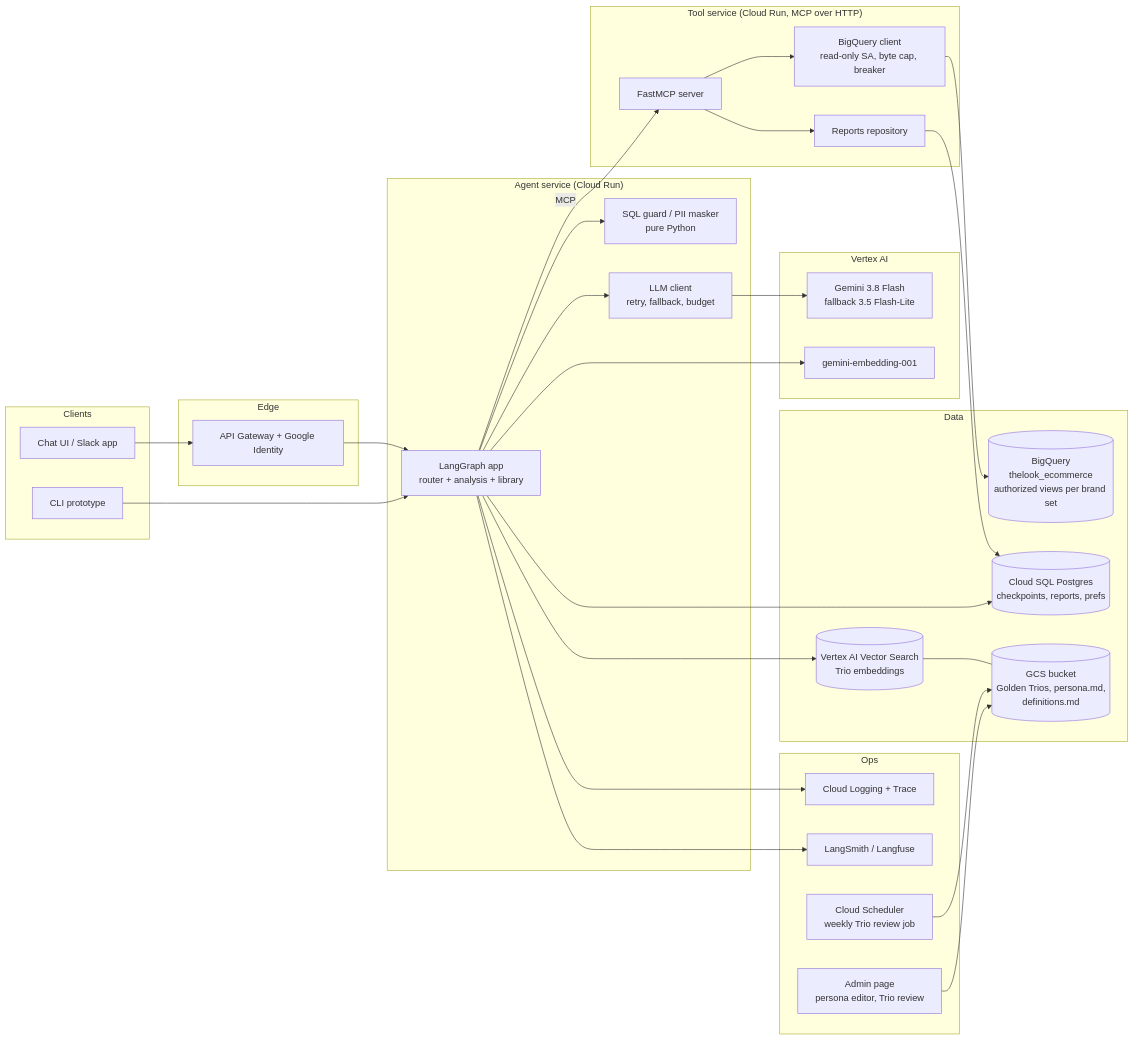
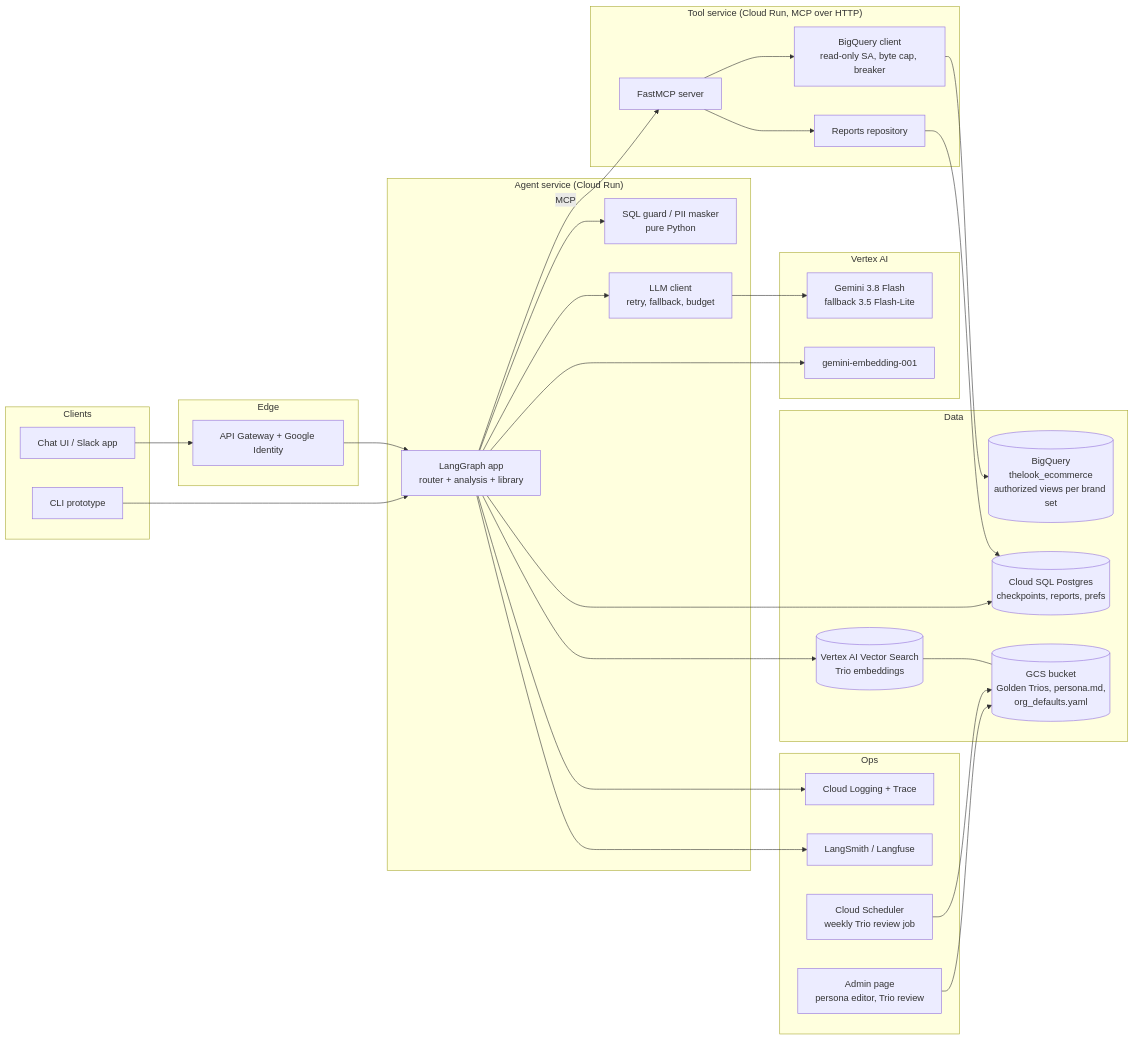
The first of 3 diagrams in docs/hld.md (LukaPavlovicGit/retail-insights-agent), drawn with Mermaid before and after one commit. The commit also changed other lines of this file and 3 other files, not shown here.

````diff
--- a/docs/hld.md
+++ b/docs/hld.md
@@ -29,51 +29,51 @@
 ```mermaid
 flowchart LR
   subgraph Clients
     UI["Chat UI / Slack app"]
     CLI["CLI prototype"]
   end
   subgraph Edge
     GW["API Gateway + Google Identity"]
   end
   subgraph Agent["Agent service (Cloud Run)"]
     LG["LangGraph app<br/>router + analysis + library"]
     GUARD["SQL guard / PII masker<br/>pure Python"]
     LLM["LLM client<br/>retry, fallback, budget"]
   end
   subgraph Tools["Tool service (Cloud Run, MCP over HTTP)"]
     MCP["FastMCP server"]
     BQC["BigQuery client<br/>read-only SA, byte cap, breaker"]
     REP["Reports repository"]
   end
   subgraph Data
     BQ[("BigQuery<br/>thelook_ecommerce<br/>authorized views per brand set")]
     PG[("Cloud SQL Postgres<br/>checkpoints, reports, prefs")]
     VEC[("Vertex AI Vector Search<br/>Trio embeddings")]
-    GCS[("GCS bucket<br/>Golden Trios, persona.md,<br/>definitions.md")]
+    GCS[("GCS bucket<br/>Golden Trios, persona.md,<br/>org_defaults.yaml")]
   end
   subgraph AI["Vertex AI"]
     GEM["Gemini 3.8 Flash<br/>fallback 3.5 Flash-Lite"]
     EMB["gemini-embedding-001"]
   end
   subgraph Ops
     LOG["Cloud Logging + Trace"]
     LS["LangSmith / Langfuse"]
     SCHED["Cloud Scheduler<br/>weekly Trio review job"]
     ADMIN["Admin page<br/>persona editor, Trio review"]
   end
   UI --> GW --> LG
   CLI --> LG
   LG --> GUARD
   LG --> LLM --> GEM
   LG --> EMB
   LG -->|MCP| MCP
   MCP --> BQC --> BQ
   MCP --> REP --> PG
   LG --> PG
   LG --> VEC
   VEC --- GCS
   LG --> LOG
   LG --> LS
   SCHED --> GCS
   ADMIN --> GCS
 ```
````
